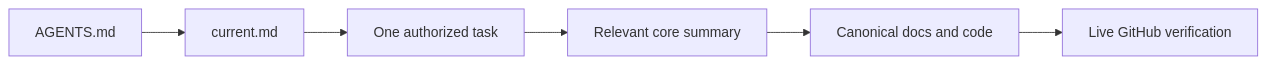
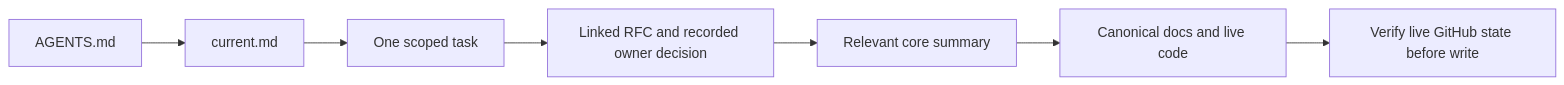
One commit to im-tnyx/Tio-Money changed the diagram in .ai/README.md. Above: the diagram before and after it, drawn with Mermaid. The commit also changed other lines of this file and 5 other files, not shown here.

````diff
--- a/.ai/README.md
+++ b/.ai/README.md
@@ -17,8 +18,9 @@
 ```mermaid
 flowchart LR
   A["AGENTS.md"] --> B["current.md"]
-  B --> C["One authorized task"]
-  C --> D["Relevant core summary"]
-  D --> E["Canonical docs and code"]
-  E --> F["Live GitHub verification"]
+  B --> C["One scoped task"]
+  C --> D["Linked RFC and recorded owner decision"]
+  D --> E["Relevant core summary"]
+  E --> F["Canonical docs and live code"]
+  F --> G["Verify live GitHub state before write"]
 ```
````
